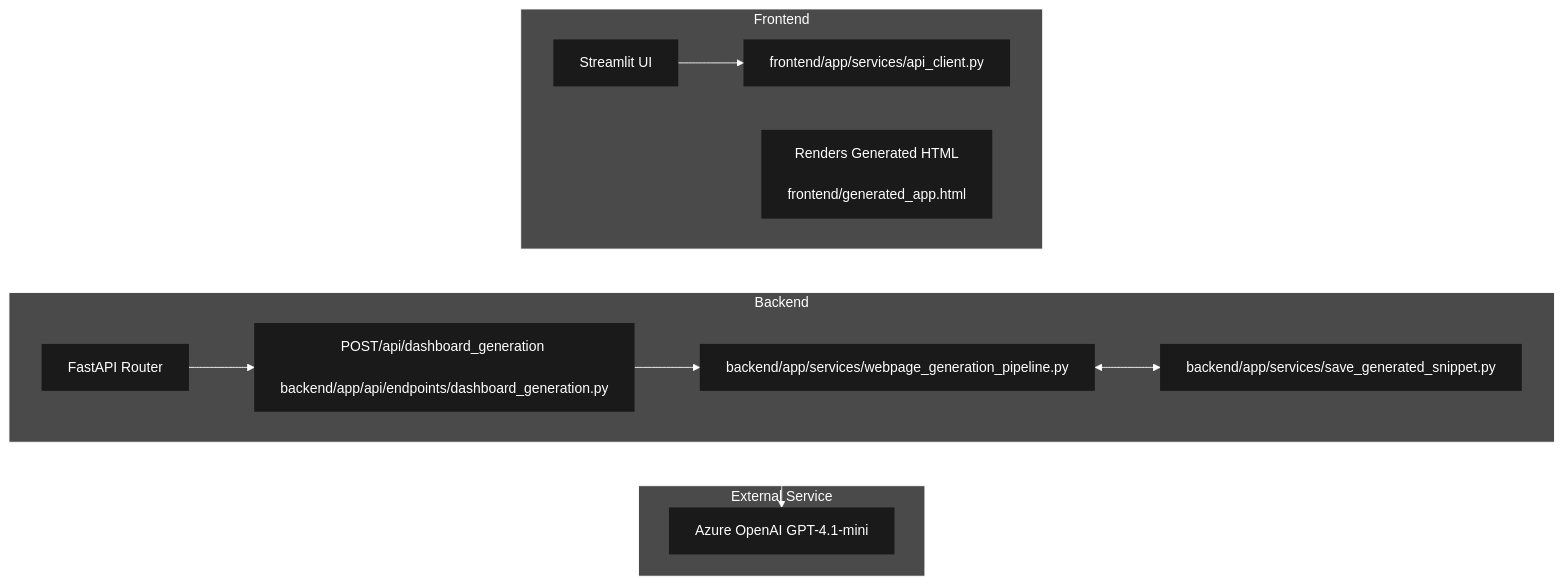
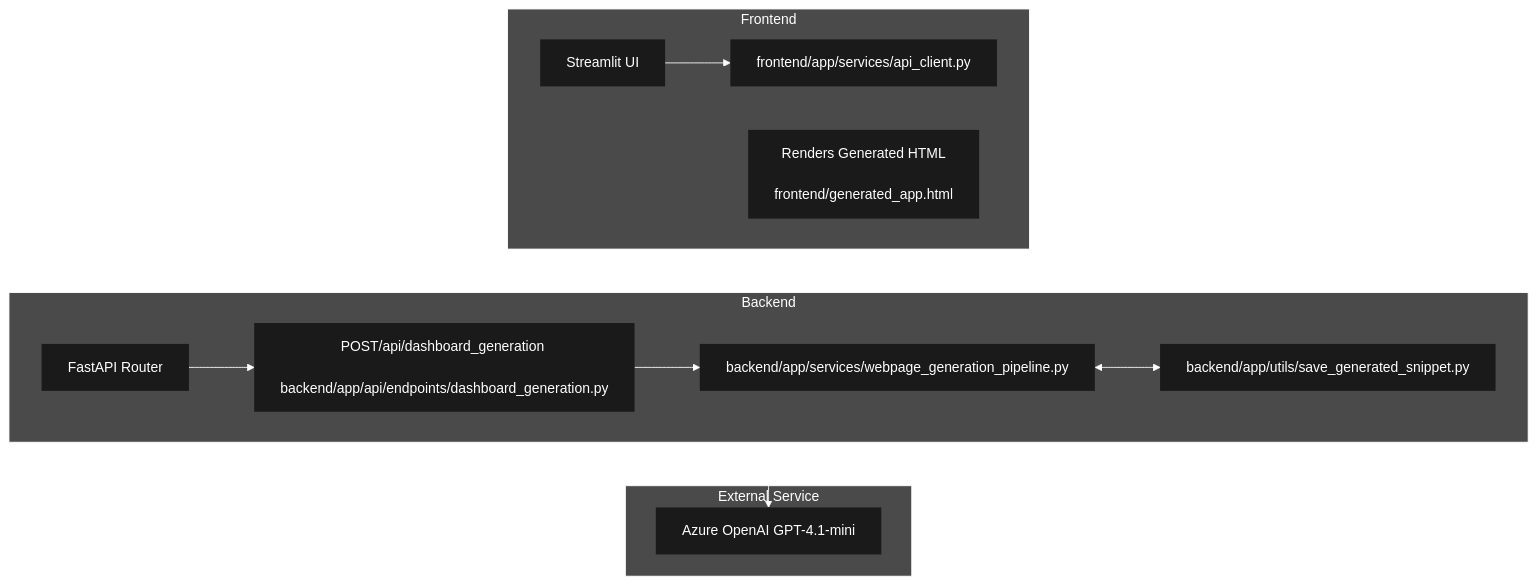
The diagram in README.md (Dawar-Imam/Custom-Dashboard-Generator), drawn with Mermaid before and after one commit.

````diff
--- a/README.md
+++ b/README.md
@@ -181,53 +181,53 @@
 ```mermaid
 graph TB
     %% Client / Backend Layer
     subgraph Backend
         direction LR
         R["FastAPI Router"]
         E["POST/api/dashboard_generation 
         backend/app/api/endpoints/dashboard_generation.py "]
         P["backend/app/services/webpage_generation_pipeline.py"]
-        S["backend/app/services/save_generated_snippet.py"]
+        S["backend/app/utils/save_generated_snippet.py"]
         R --> E --> P
     end
  
     %% Frontend Layer
     subgraph Frontend
         direction LR
         F["Streamlit UI"]
         C["frontend/app/services/api_client.py"]
         Resp["Renders Generated HTML
         frontend/generated_app.html"]
         F --> C
     end
 
     %% External Service Layer
     subgraph LTitle["External Service"]
         LLM["Azure OpenAI GPT-4.1-mini"]
     end
 
     C --> R
     P <--> LLM
     P --> Resp
     P <--> S
     
     %% Styling
     %% Titles - light grey
     style Frontend fill:#4a4a4a,stroke:#ffffff,color:#ffffff,stroke-width:1px
     style Backend fill:#4a4a4a,stroke:#ffffff,color:#ffffff,stroke-width:1px
     style LTitle fill:#4a4a4a,stroke:#ffffff,color:#ffffff,stroke-width:1px
 
     %% Inner nodes - dark grey
     style R fill:#1a1a1a,stroke:#ffffff,color:#ffffff,stroke-width:0px
     style E fill:#1a1a1a,stroke:#ffffff,color:#ffffff,stroke-width:0px
     style P fill:#1a1a1a,stroke:#ffffff,color:#ffffff,stroke-width:0px
     style S fill:#1a1a1a,stroke:#ffffff,color:#ffffff,stroke-width:0px
     style F fill:#1a1a1a,stroke:#ffffff,color:#ffffff,stroke-width:0px
     style C fill:#1a1a1a,stroke:#ffffff,color:#ffffff,stroke-width:0px
     style Resp fill:#1a1a1a,stroke:#ffffff,color:#ffffff,stroke-width:0px
     style LLM fill:#1a1a1a,stroke:#ffffff,color:#ffffff,stroke-width:0px
 
     %% Arrows white
     linkStyle default stroke:#ffffff,stroke-width:1px
 
 ```
````
